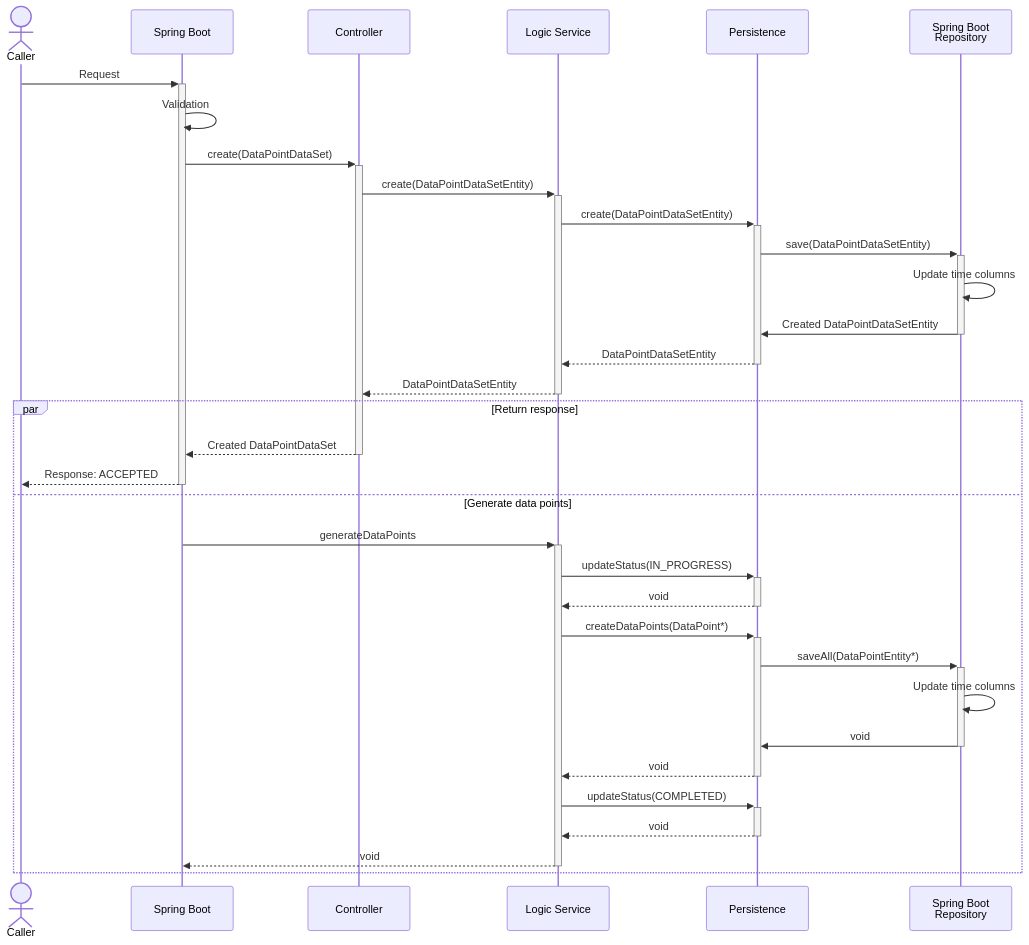
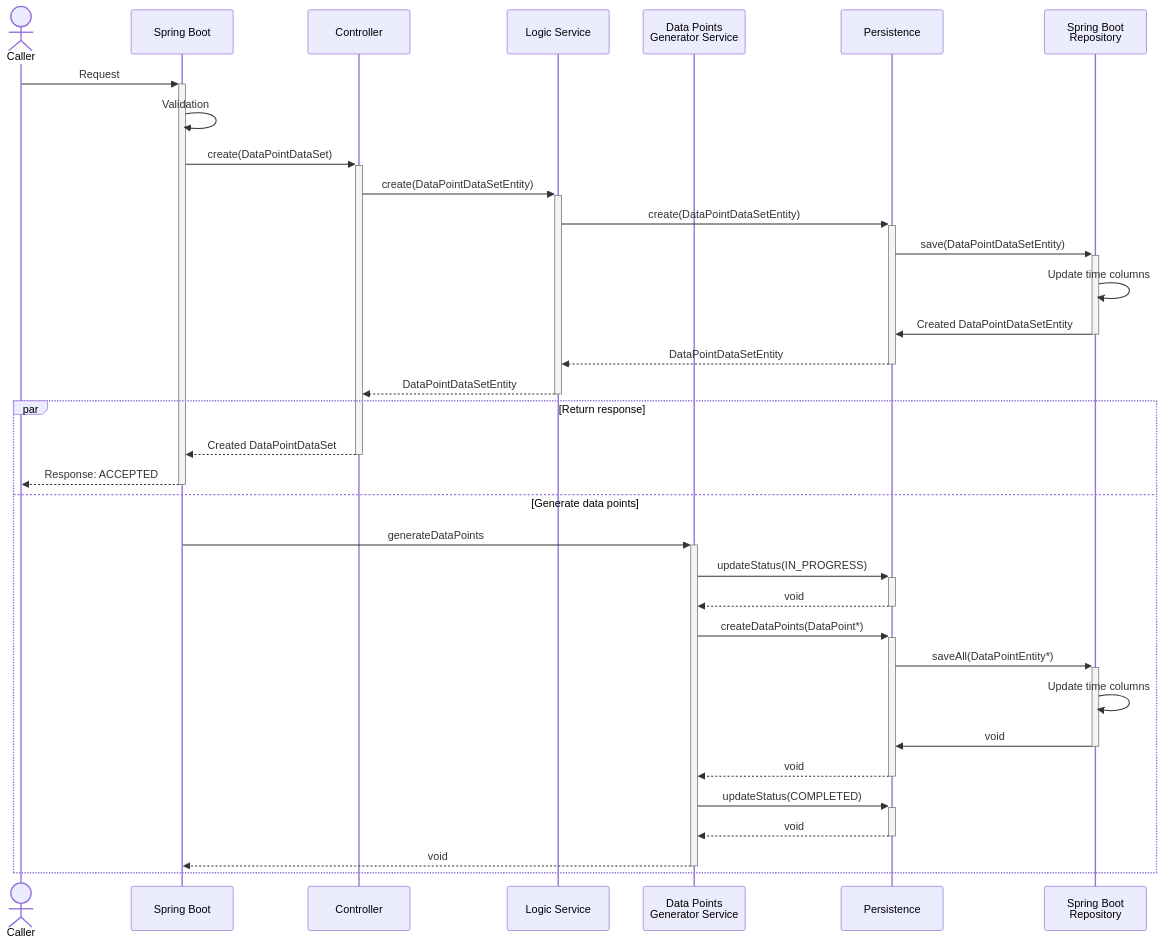
Before and after one commit to sunepoulsen/tes-enterprice-labs: the first of 2 diagrams in tel-testdata/doc/designs/endpoints.md, drawn with Mermaid. The commit also changed 11 other files, not shown here.

````diff
--- a/tel-testdata/doc/designs/endpoints.md
+++ b/tel-testdata/doc/designs/endpoints.md
@@ -27,36 +27,37 @@
 ```mermaid
 sequenceDiagram
     actor Caller
     participant SprintBoot as Spring Boot
     participant Controller
     participant Logic as Logic Service
+    participant DataPointsGenerator as Data Points <br/>Generator Service
     participant Persistence
     participant Repository as Spring Boot<br/>Repository
 
     Caller ->>+ SprintBoot: Request
     SprintBoot ->> SprintBoot: Validation
     SprintBoot ->>+ Controller: create(DataPointDataSet)
     Controller ->>+ Logic: create(DataPointDataSetEntity)
     Logic ->>+ Persistence: create(DataPointDataSetEntity)
     Persistence ->>+ Repository: save(DataPointDataSetEntity)
     Repository ->> Repository: Update time columns
     Repository ->>- Persistence: Created DataPointDataSetEntity
     Persistence -->>- Logic: DataPointDataSetEntity
     Logic -->>- Controller: DataPointDataSetEntity
     par Return response
         Controller -->>- SprintBoot: Created DataPointDataSet
         SprintBoot -->>- Caller: Response: ACCEPTED
     and Generate data points
-        SprintBoot ->>+ Logic: generateDataPoints
-        Logic ->>+ Persistence: updateStatus(IN_PROGRESS)
-        Persistence -->>- Logic: void
-        Logic ->>+ Persistence: createDataPoints(DataPoint*)
+        SprintBoot ->>+ DataPointsGenerator: generateDataPoints
+        DataPointsGenerator ->>+ Persistence: updateStatus(IN_PROGRESS)
+        Persistence -->>- DataPointsGenerator: void
+        DataPointsGenerator ->>+ Persistence: createDataPoints(DataPoint*)
         Persistence ->>+ Repository: saveAll(DataPointEntity*)
         Repository ->> Repository: Update time columns
         Repository ->>- Persistence: void
-        Persistence -->>- Logic: void
-        Logic ->>+ Persistence: updateStatus(COMPLETED)
-        Persistence -->>- Logic: void
-        Logic -->>- SprintBoot: void
+        Persistence -->>- DataPointsGenerator: void
+        DataPointsGenerator ->>+ Persistence: updateStatus(COMPLETED)
+        Persistence -->>- DataPointsGenerator: void
+        DataPointsGenerator -->>- SprintBoot: void
     end
 ```
````
